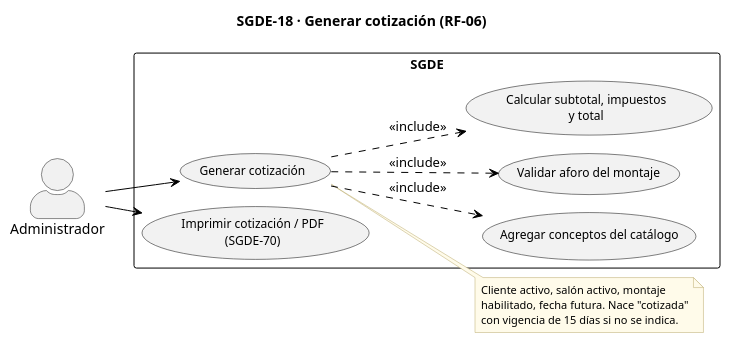
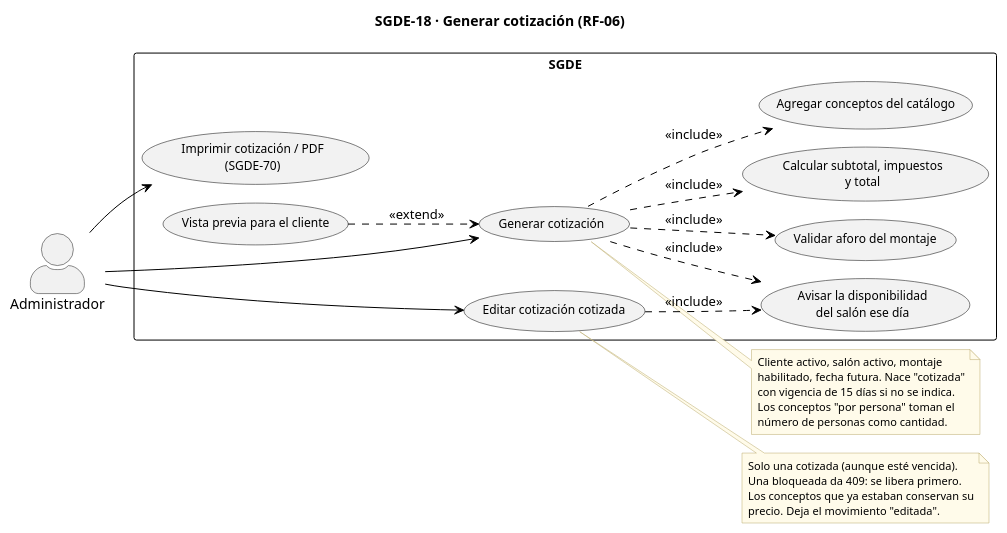
One commit to AndreCamx2/Gestion-De-Eventos changed the diagram in docs/casos_uso_sgde/SGDE-18_Generar_cotizacion.puml. Above: the diagram before and after it, drawn with PlantUML. The commit also changed 30 other files, not shown here.

```diff
--- a/docs/casos_uso_sgde/SGDE-18_Generar_cotizacion.puml
+++ b/docs/casos_uso_sgde/SGDE-18_Generar_cotizacion.puml
@@ -1,45 +1,61 @@
 @startuml SGDE-18_Generar_cotizacion
 !pragma layout smetana
 left to right direction
 skinparam backgroundColor white
 skinparam usecase {
   BackgroundColor #F2F2F2
   BorderColor black
   FontSize 12
 }
 skinparam rectangle {
   BorderColor black
   FontSize 13
   FontStyle bold
 }
 skinparam note {
   BackgroundColor #FFFBEA
   BorderColor #B8A86B
   FontSize 11
 }
 skinparam ArrowColor black
 skinparam actorStyle awesome
 title SGDE-18 · Generar cotización (RF-06)
 
 actor "Administrador" as AD
 
 rectangle "SGDE" {
   usecase "Generar cotización" as UC1
   usecase "Agregar conceptos del catálogo" as UC2
   usecase "Validar aforo del montaje" as UC3
   usecase "Calcular subtotal, impuestos\ny total" as UC4
   usecase "Imprimir cotización / PDF\n(SGDE-70)" as UC5
+  usecase "Editar cotización cotizada" as UC6
+  usecase "Avisar la disponibilidad\ndel salón ese día" as UC7
+  usecase "Vista previa para el cliente" as UC8
 }
 
 AD --> UC1
 AD --> UC5
+AD --> UC6
 UC1 ..> UC2 : <<include>>
 UC1 ..> UC3 : <<include>>
 UC1 ..> UC4 : <<include>>
+UC1 ..> UC7 : <<include>>
+UC6 ..> UC7 : <<include>>
+UC8 ..> UC1 : <<extend>>
 
 note right of UC1
   Cliente activo, salón activo, montaje
   habilitado, fecha futura. Nace "cotizada"
   con vigencia de 15 días si no se indica.
+  Los conceptos "por persona" toman el
+  número de personas como cantidad.
+end note
+
+note right of UC6
+  Solo una cotizada (aunque esté vencida).
+  Una bloqueada da 409: se libera primero.
+  Los conceptos que ya estaban conservan su
+  precio. Deja el movimiento "editada".
 end note
 @enduml
```
